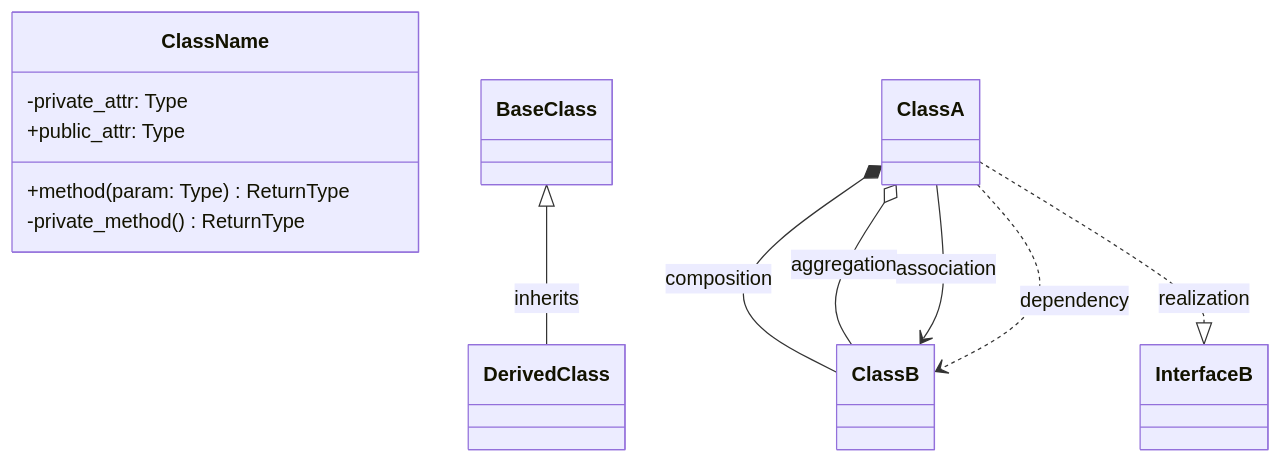
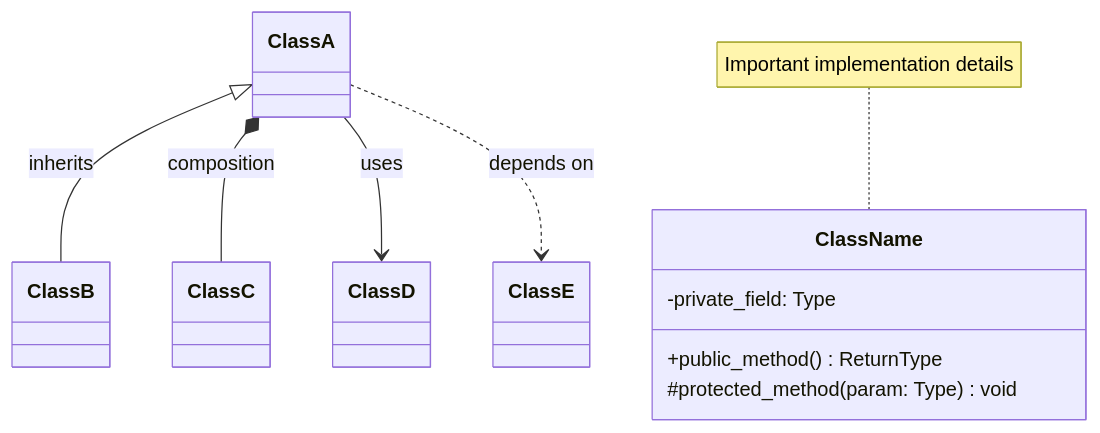
One commit to AlexFiliakov/iQuest changed the second of 7 diagrams in .claude/commands/simone/mermaid.md. Above: the diagram before and after it, drawn with Mermaid. The commit also changed other lines of this file and 9 other files, not shown here.

First line of the commit message:
docs: update architecture documentation and project specs

````diff
--- a/.claude/commands/simone/mermaid.md
+++ b/.claude/commands/simone/mermaid.md
@@ -135,16 +75,17 @@
 ```mermaid
 classDiagram
     class ClassName {
-        -private_attr: Type
-        +public_attr: Type
-        +method(param: Type) ReturnType
-        -private_method() ReturnType
+        -private_field: Type
+        +public_method() ReturnType
+        #protected_method(param: Type) void
     }
     
-    BaseClass <|-- DerivedClass : inherits
-    ClassA *-- ClassB : composition
-    ClassA o-- ClassB : aggregation
-    ClassA --> ClassB : association
-    ClassA ..> ClassB : dependency
-    ClassA ..|> InterfaceB : realization
+    %% Relationships
+    ClassA <|-- ClassB : inherits
+    ClassA *-- ClassC : composition  
+    ClassA --> ClassD : uses
+    ClassA ..> ClassE : depends on
+    
+    %% Notes
+    note for ClassName "Important implementation details"
 ```
````
